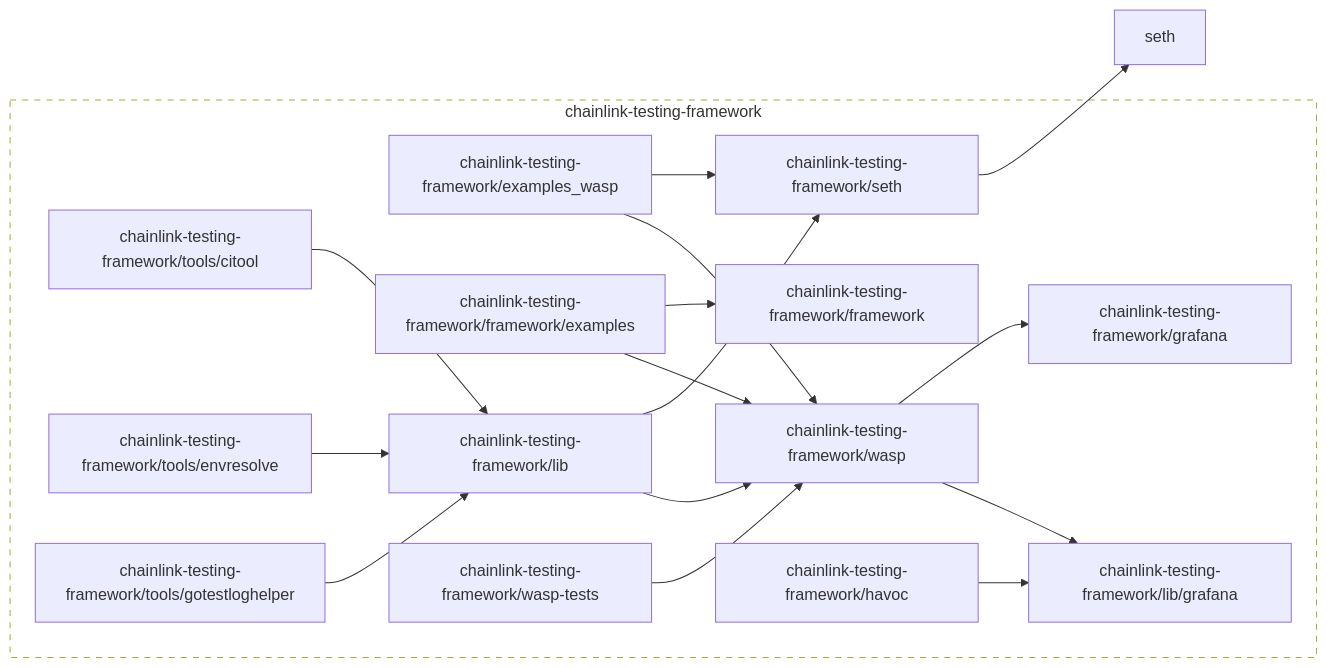
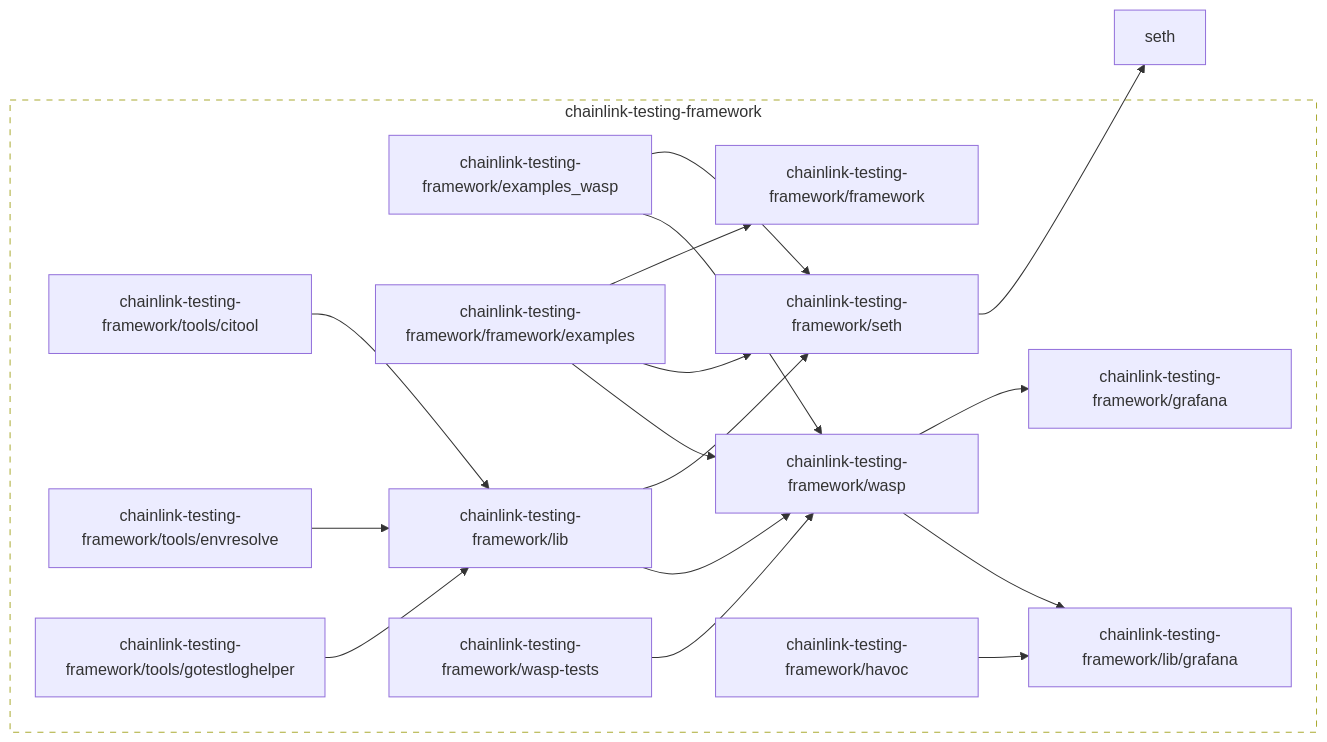
One commit to smartcontractkit/chainlink-testing-framework changed the diagram in go.md. Above: the diagram before and after it, drawn with Mermaid. The commit also changed 1 other file, not shown here.

````diff
--- a/go.md
+++ b/go.md
@@ -2,56 +2,57 @@
 ```mermaid
 flowchart LR
 
 	chainlink-testing-framework/examples_wasp --> chainlink-testing-framework/seth
 	chainlink-testing-framework/examples_wasp --> chainlink-testing-framework/wasp
 	click chainlink-testing-framework/examples_wasp href "https://github.com/smartcontractkit/chainlink-testing-framework"
 	chainlink-testing-framework/framework
 	click chainlink-testing-framework/framework href "https://github.com/smartcontractkit/chainlink-testing-framework"
 	chainlink-testing-framework/framework/examples --> chainlink-testing-framework/framework
+	chainlink-testing-framework/framework/examples --> chainlink-testing-framework/seth
 	chainlink-testing-framework/framework/examples --> chainlink-testing-framework/wasp
 	click chainlink-testing-framework/framework/examples href "https://github.com/smartcontractkit/chainlink-testing-framework"
 	chainlink-testing-framework/grafana
 	click chainlink-testing-framework/grafana href "https://github.com/smartcontractkit/chainlink-testing-framework"
 	chainlink-testing-framework/havoc --> chainlink-testing-framework/lib/grafana
 	click chainlink-testing-framework/havoc href "https://github.com/smartcontractkit/chainlink-testing-framework"
 	chainlink-testing-framework/lib --> chainlink-testing-framework/seth
 	chainlink-testing-framework/lib --> chainlink-testing-framework/wasp
 	click chainlink-testing-framework/lib href "https://github.com/smartcontractkit/chainlink-testing-framework"
 	chainlink-testing-framework/lib/grafana
 	click chainlink-testing-framework/lib/grafana href "https://github.com/smartcontractkit/chainlink-testing-framework"
 	chainlink-testing-framework/seth --> seth
 	click chainlink-testing-framework/seth href "https://github.com/smartcontractkit/chainlink-testing-framework"
 	chainlink-testing-framework/tools/citool --> chainlink-testing-framework/lib
 	click chainlink-testing-framework/tools/citool href "https://github.com/smartcontractkit/chainlink-testing-framework"
 	chainlink-testing-framework/tools/envresolve --> chainlink-testing-framework/lib
 	click chainlink-testing-framework/tools/envresolve href "https://github.com/smartcontractkit/chainlink-testing-framework"
 	chainlink-testing-framework/tools/gotestloghelper --> chainlink-testing-framework/lib
 	click chainlink-testing-framework/tools/gotestloghelper href "https://github.com/smartcontractkit/chainlink-testing-framework"
 	chainlink-testing-framework/wasp --> chainlink-testing-framework/grafana
 	chainlink-testing-framework/wasp --> chainlink-testing-framework/lib/grafana
 	click chainlink-testing-framework/wasp href "https://github.com/smartcontractkit/chainlink-testing-framework"
 	chainlink-testing-framework/wasp-tests --> chainlink-testing-framework/wasp
 	click chainlink-testing-framework/wasp-tests href "https://github.com/smartcontractkit/chainlink-testing-framework"
 	seth
 	click seth href "https://github.com/smartcontractkit/seth"
 
 	subgraph chainlink-testing-framework-repo[chainlink-testing-framework]
 		 chainlink-testing-framework/examples_wasp
 		 chainlink-testing-framework/framework
 		 chainlink-testing-framework/framework/examples
 		 chainlink-testing-framework/grafana
 		 chainlink-testing-framework/havoc
 		 chainlink-testing-framework/lib
 		 chainlink-testing-framework/lib/grafana
 		 chainlink-testing-framework/seth
 		 chainlink-testing-framework/tools/citool
 		 chainlink-testing-framework/tools/envresolve
 		 chainlink-testing-framework/tools/gotestloghelper
 		 chainlink-testing-framework/wasp
 		 chainlink-testing-framework/wasp-tests
 	end
 	click chainlink-testing-framework-repo href "https://github.com/smartcontractkit/chainlink-testing-framework"
 
 	classDef outline stroke-dasharray:6,fill:none;
 	class chainlink-testing-framework-repo outline
 ```
````
